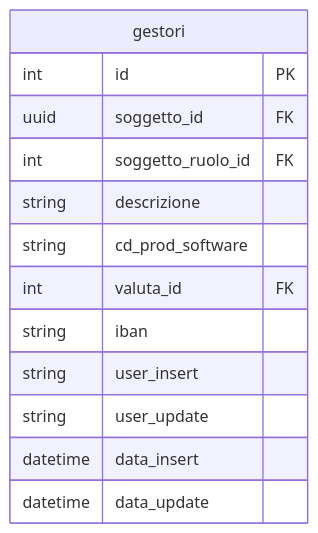
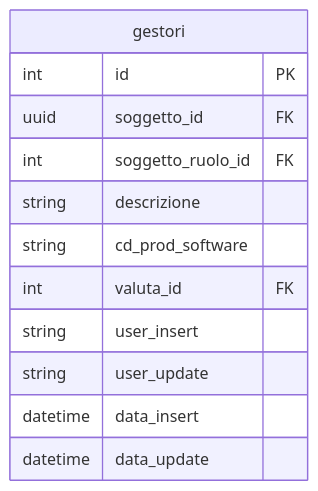
One commit to Tito-it/ZeroErp changed the second of 2 diagrams in docs/it/dbzero/anagrafiche/manual/gestori.md. Above: the diagram before and after it, drawn with Mermaid. The commit also changed other lines of this file and 10 other files, not shown here.

````diff
--- a/docs/it/dbzero/anagrafiche/manual/gestori.md
+++ b/docs/it/dbzero/anagrafiche/manual/gestori.md
@@ -172,18 +169,17 @@
 ```mermaid
 %%{init: {'er': {'layoutDirection': 'TB'}}}%%
 erDiagram
     gestori {
         int      id PK
         uuid     soggetto_id FK
         int      soggetto_ruolo_id FK
         string   descrizione
         string   cd_prod_software
         int      valuta_id FK
-        string   iban
         string   user_insert
         string   user_update
         datetime data_insert
         datetime data_update
     }
 
 ```
````
